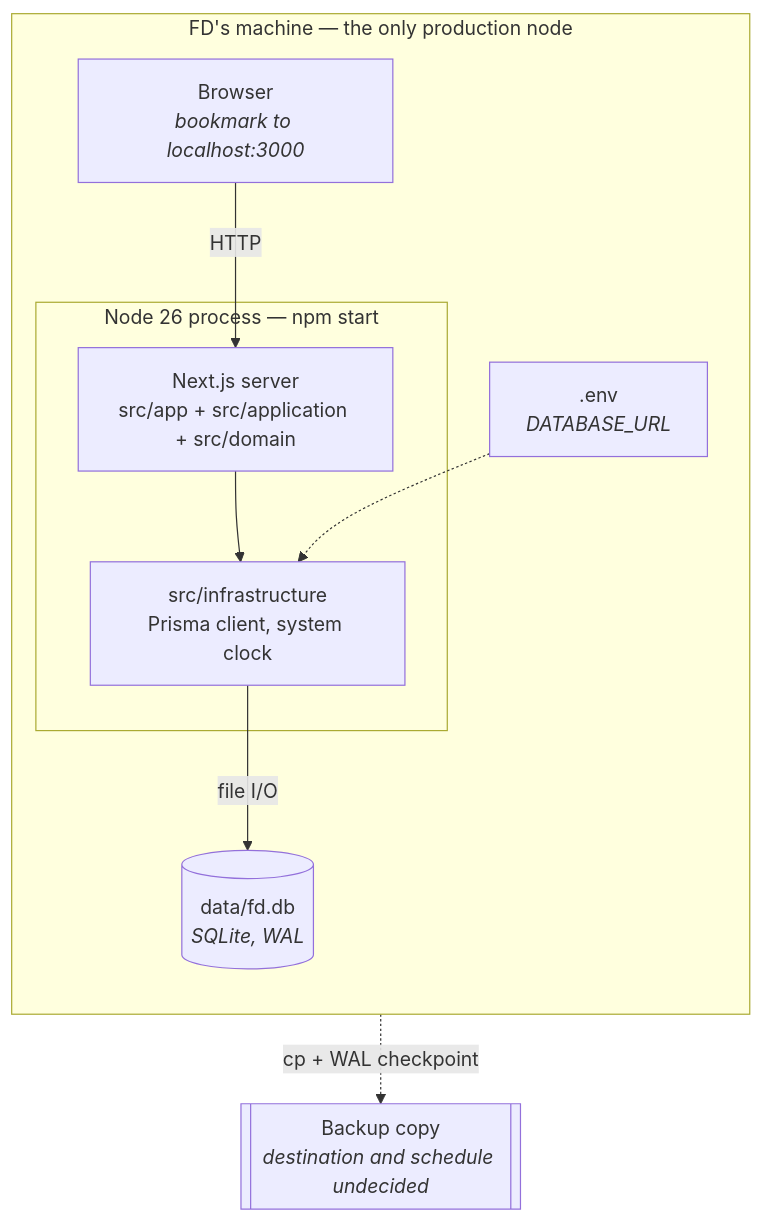
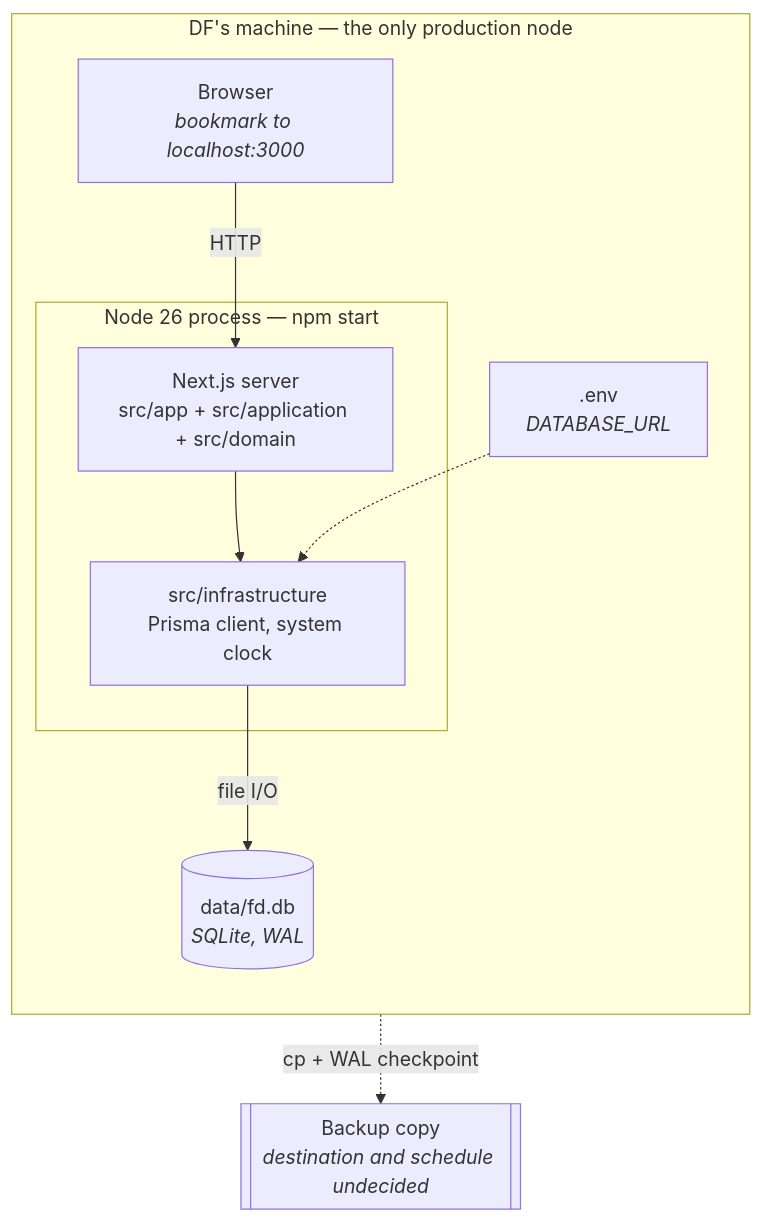
One commit to Lin0pan/FD-management changed the diagram in docs/architecture/07-deployment-view.md. Above: the diagram before and after it, drawn with Mermaid. The commit also changed other lines of this file and 127 other files, not shown here.

````diff
--- a/docs/architecture/07-deployment-view.md
+++ b/docs/architecture/07-deployment-view.md
@@ -11,21 +11,21 @@
 ```mermaid
 flowchart TB
-    subgraph node["FD's machine — the only production node"]
+    subgraph node["DF's machine — the only production node"]
         direction TB
         browser["Browser<br/><i>bookmark to localhost:3000</i>"]
         subgraph proc["Node 26 process — npm start"]
             next["Next.js server<br/>src/app + src/application + src/domain"]
             adapters["src/infrastructure<br/>Prisma client, system clock"]
         end
         file[("data/fd.db<br/><i>SQLite, WAL</i>")]
         env[".env<br/><i>DATABASE_URL</i>"]
 
         browser -- HTTP --> next
         next --> adapters
         adapters -- "file I/O" --> file
         env -.-> adapters
     end
 
     backup[["Backup copy<br/><i>destination and schedule undecided</i>"]]
     file -. "cp + WAL checkpoint" .-> backup
 ```
````
